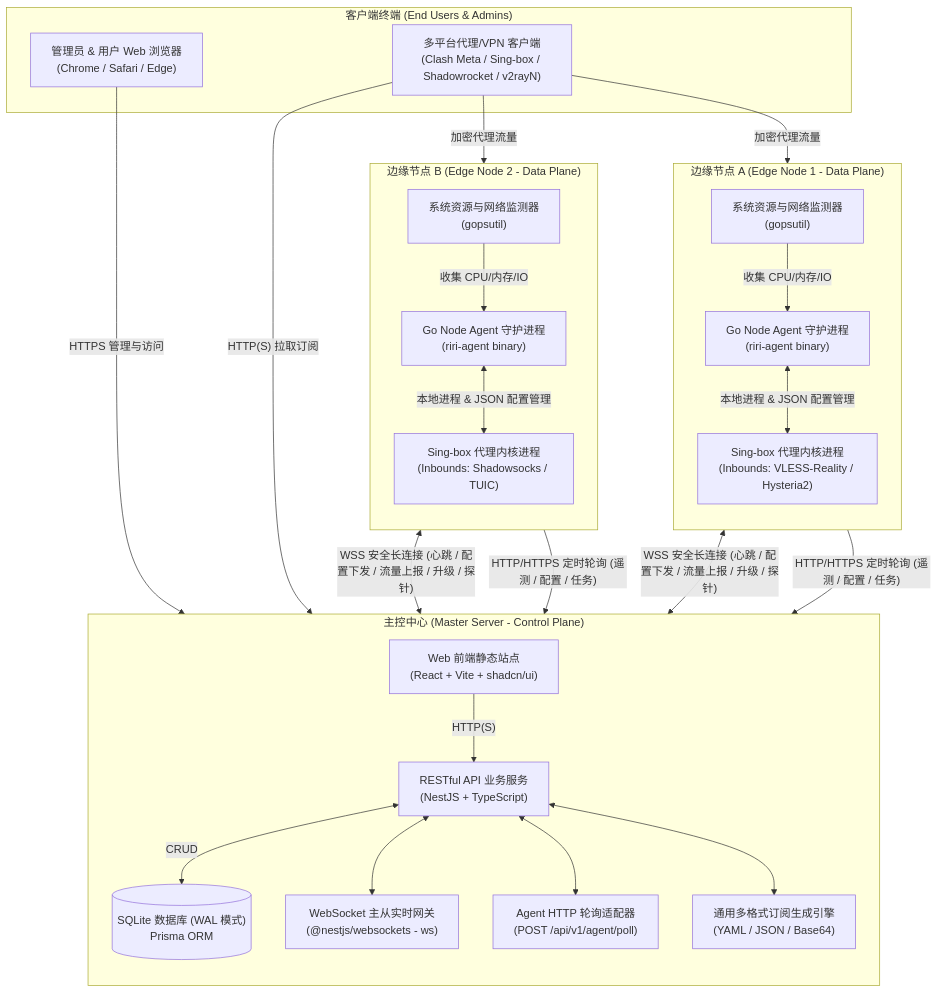
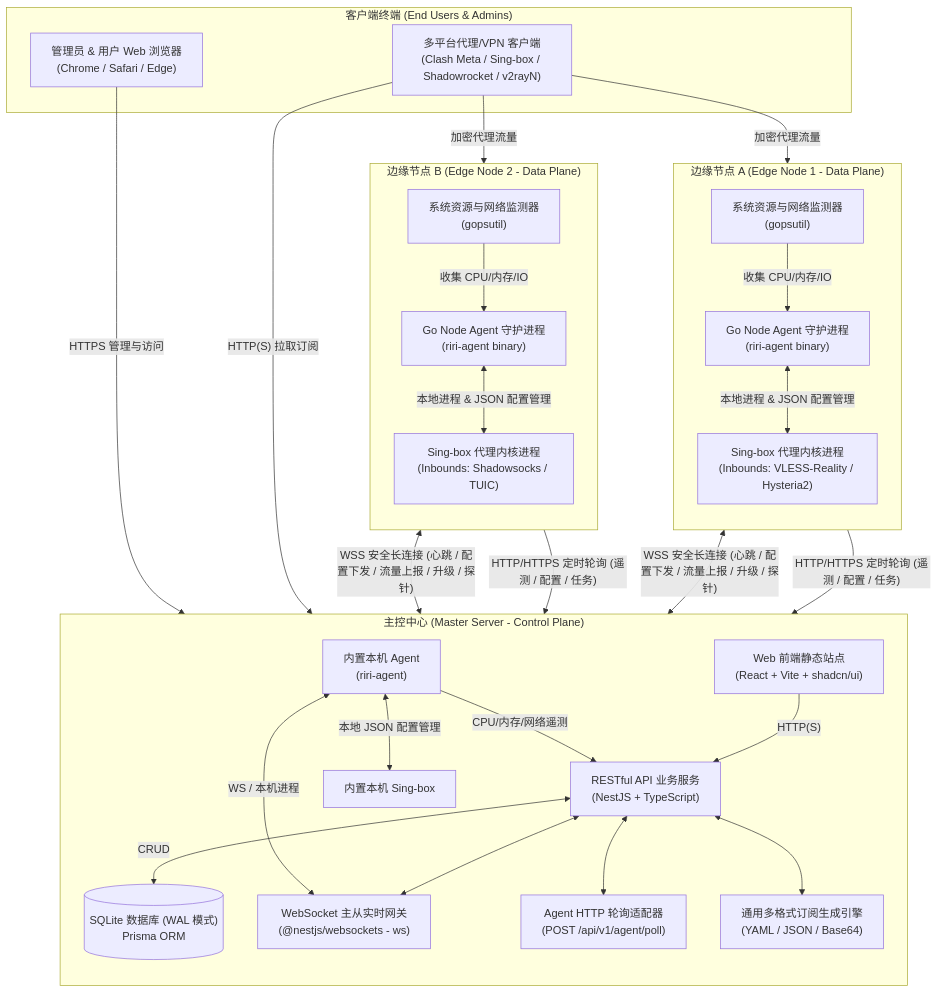
One commit to Nanako660/riricloud changed the first of 5 diagrams in docs/ARCHITECTURE.md. Above: the diagram before and after it, drawn with Mermaid. The commit also changed other lines of this file and 46 other files, not shown here.

````diff
--- a/docs/ARCHITECTURE.md
+++ b/docs/ARCHITECTURE.md
@@ -7,53 +7,58 @@
 ```mermaid
 graph TB
     subgraph "客户端终端 (End Users & Admins)"
         UserBrowser["管理员 & 用户 Web 浏览器<br/>(Chrome / Safari / Edge)"]
         VpnClients["多平台代理/VPN 客户端<br/>(Clash Meta / Sing-box / Shadowrocket / v2rayN)"]
     end
 
     subgraph "主控中心 (Master Server - Control Plane)"
         direction TB
         FrontendUI["Web 前端静态站点<br/>(React + Vite + shadcn/ui)"]
         APIServer["RESTful API 业务服务<br/>(NestJS + TypeScript)"]
         WSGateway["WebSocket 主从实时网关<br/>(@nestjs/websockets - ws)"]
         AgentPollAPI["Agent HTTP 轮询适配器<br/>(POST /api/v1/agent/poll)"]
         SubscriptionEngine["通用多格式订阅生成引擎<br/>(YAML / JSON / Base64)"]
         SQLiteDB[("SQLite 数据库 (WAL 模式)<br/>Prisma ORM")]
+        LocalAgent["内置本机 Agent<br/>(riri-agent)"]
+        LocalSingbox["内置本机 Sing-box"]
         
         FrontendUI -->|"HTTP(S)"| APIServer
         APIServer <-->|"CRUD"| SQLiteDB
         APIServer <--> WSGateway
         APIServer <--> AgentPollAPI
         APIServer <--> SubscriptionEngine
+        LocalAgent <-->|"WS / 本机进程"| WSGateway
+        LocalAgent <-->|"本地 JSON 配置管理"| LocalSingbox
+        LocalAgent -->|"CPU/内存/网络遥测"| APIServer
     end
 
     subgraph "边缘节点 A (Edge Node 1 - Data Plane)"
         direction TB
         AgentA["Go Node Agent 守护进程<br/>(riri-agent binary)"]
         SingboxA["Sing-box 代理内核进程<br/>(Inbounds: VLESS-Reality / Hysteria2)"]
         SystemMonitorA["系统资源与网络监测器<br/>(gopsutil)"]
 
         AgentA <-->|"本地进程 & JSON 配置管理"| SingboxA
         SystemMonitorA -->|"收集 CPU/内存/IO"| AgentA
     end
 
     subgraph "边缘节点 B (Edge Node 2 - Data Plane)"
         direction TB
         AgentB["Go Node Agent 守护进程<br/>(riri-agent binary)"]
         SingboxB["Sing-box 代理内核进程<br/>(Inbounds: Shadowsocks / TUIC)"]
         SystemMonitorB["系统资源与网络监测器<br/>(gopsutil)"]
 
         AgentB <-->|"本地进程 & JSON 配置管理"| SingboxB
         SystemMonitorB -->|"收集 CPU/内存/IO"| AgentB
     end
 
     UserBrowser -->|"HTTPS 管理与访问"| FrontendUI
     VpnClients -->|"HTTP(S) 拉取订阅"| SubscriptionEngine
     VpnClients -->|"加密代理流量"| SingboxA
     VpnClients -->|"加密代理流量"| SingboxB
 
     AgentA <-->|"WSS 安全长连接 (心跳 / 配置下发 / 流量上报 / 升级 / 探针)"| WSGateway
     AgentB <-->|"WSS 安全长连接 (心跳 / 配置下发 / 流量上报 / 升级 / 探针)"| WSGateway
     AgentA -->|"HTTP/HTTPS 定时轮询 (遥测 / 配置 / 任务)"| AgentPollAPI
     AgentB -->|"HTTP/HTTPS 定时轮询 (遥测 / 配置 / 任务)"| AgentPollAPI
 ```
````
